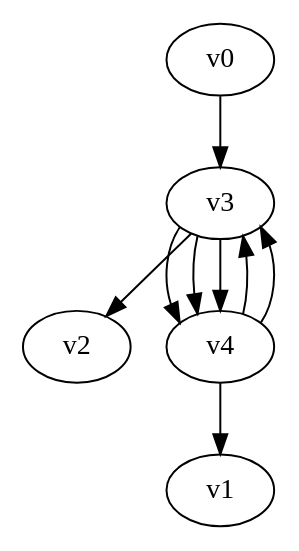
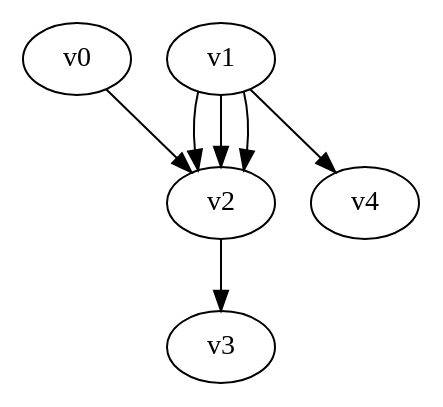
The diagram in digraph.dot (yadej/graph_project), drawn with Graphviz before and after one commit. The commit also changed 2 other files, not shown here.

```diff
--- a/digraph.dot
+++ b/digraph.dot
@@ -1,10 +1,7 @@
 digraph G { 
-v0 -> v3;
-v3 -> v2;
-v3 -> v4;
-v3 -> v4;
-v3 -> v4;
-v4 -> v1;
-v4 -> v3;
-v4 -> v3;
+v0 -> v2 -> v3;
+v1 -> v2;
+v1 -> v2;
+v1 -> v2;
+v1 -> v4;
 }
```
